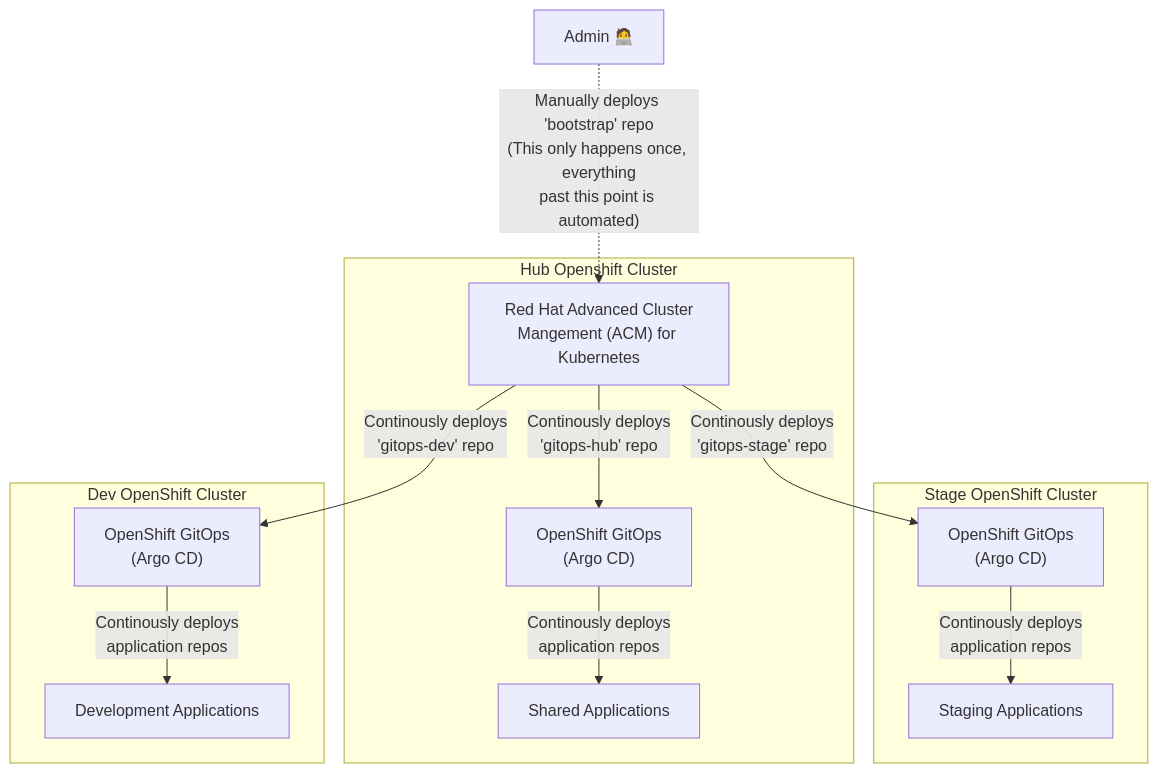
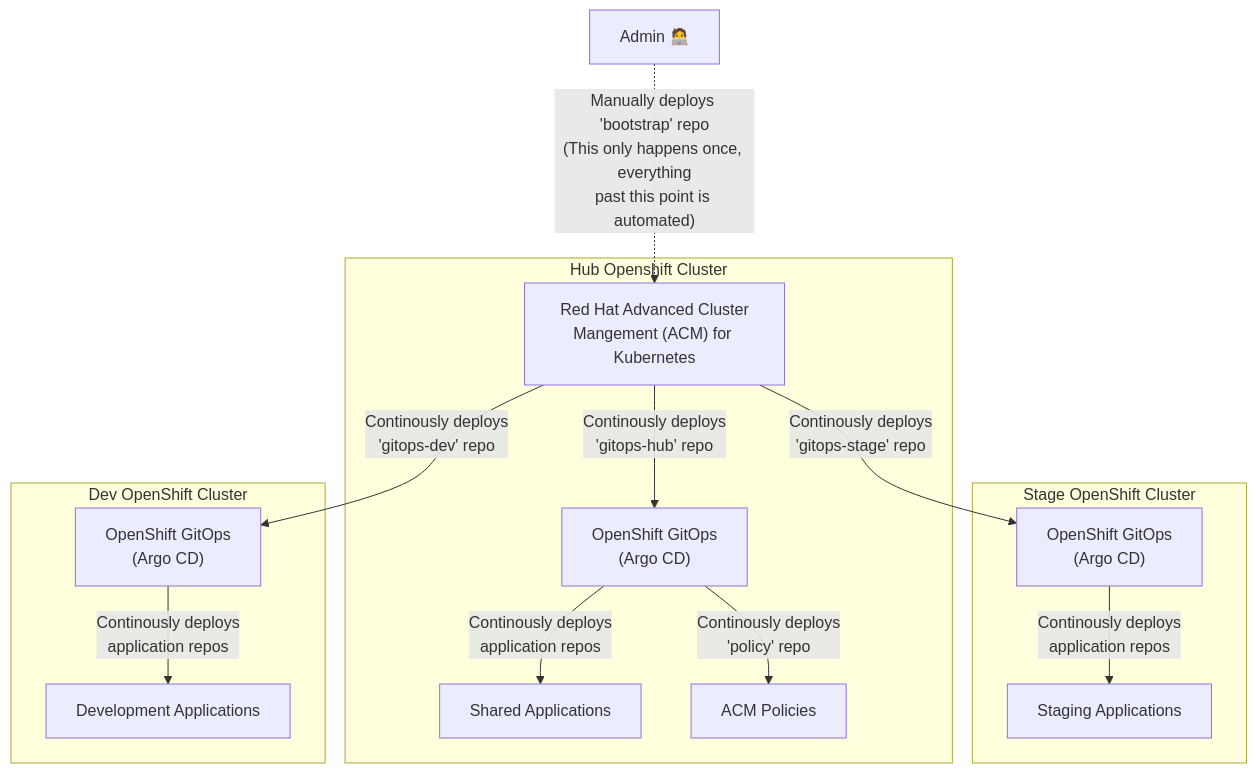
Before and after one commit to hello-world-gitops/.github: the second of 2 diagrams in profile/README.md, drawn with Mermaid.

Commit message:
Add policy repo into diagram

````diff
--- a/profile/README.md
+++ b/profile/README.md
@@ -55,32 +55,34 @@
 ```mermaid
 graph TD
 	Admin["Admin 🧑‍💻"]
 	ACM["Red Hat Advanced Cluster<br />Mangement (ACM) for Kubernetes"]
 
 	subgraph stage [Stage OpenShift Cluster]
 	GitOpsStage["OpenShift GitOps<br />(Argo CD)"]
 	StageApplications["Staging Applications"]
 	end
 
 	subgraph hub [Hub Openshift Cluster]
 	ACM
 	GitOpsHub["OpenShift GitOps<br />(Argo CD)"]
 	SharedApplications["Shared Applications"]
+	ACMPolicies["ACM Policies"]
 	end
 
 	subgraph dev [Dev OpenShift Cluster]
 	GitOpsDev["OpenShift GitOps<br />(Argo CD)"]
 	DevApplications["Development Applications"]
 	end
 
 	Admin -. "Manually deploys 'bootstrap' repo<br />(This only happens once, everything<br />past this point is automated)" .-> ACM
 
 	ACM -- "Continously deploys<br />'gitops-hub' repo" --> GitOpsHub
 	GitOpsHub -- "Continously deploys<br />application repos" --> SharedApplications
+	GitOpsHub -- "Continously deploys<br />'policy' repo" --> ACMPolicies
 
 	ACM -- "Continously deploys<br />'gitops-dev' repo" --> GitOpsDev
 	GitOpsDev -- "Continously deploys<br />application repos" --> DevApplications
 
 	ACM -- "Continously deploys<br />'gitops-stage' repo" --> GitOpsStage
 	GitOpsStage -- "Continously deploys<br />application repos" --> StageApplications
 ```
````
